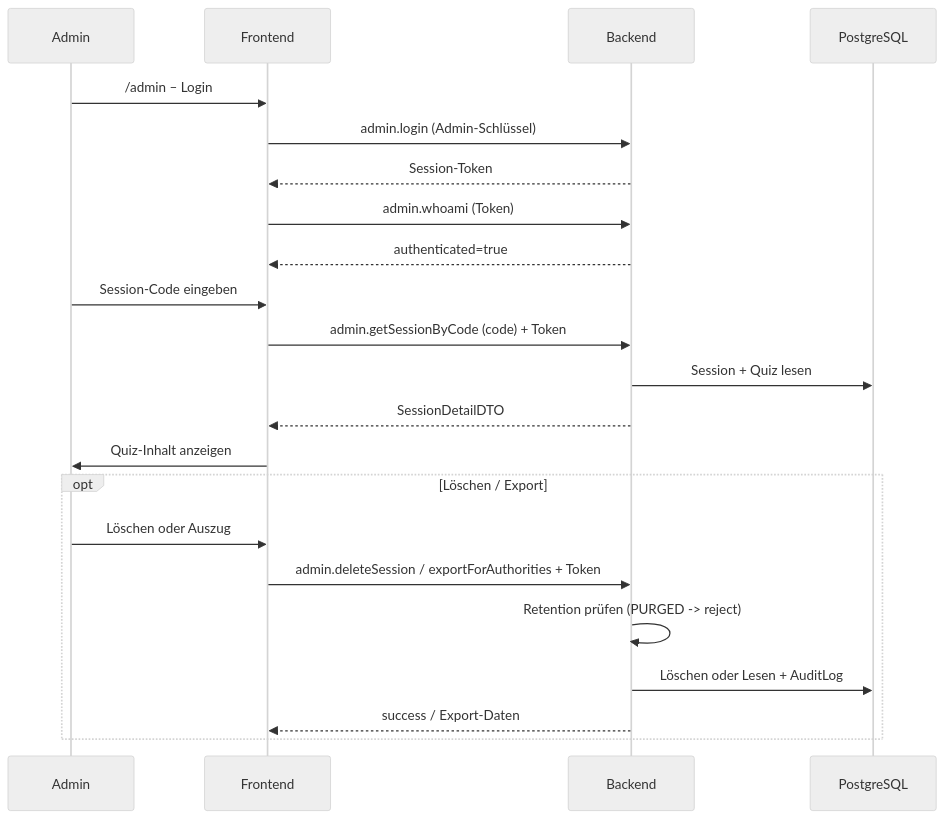
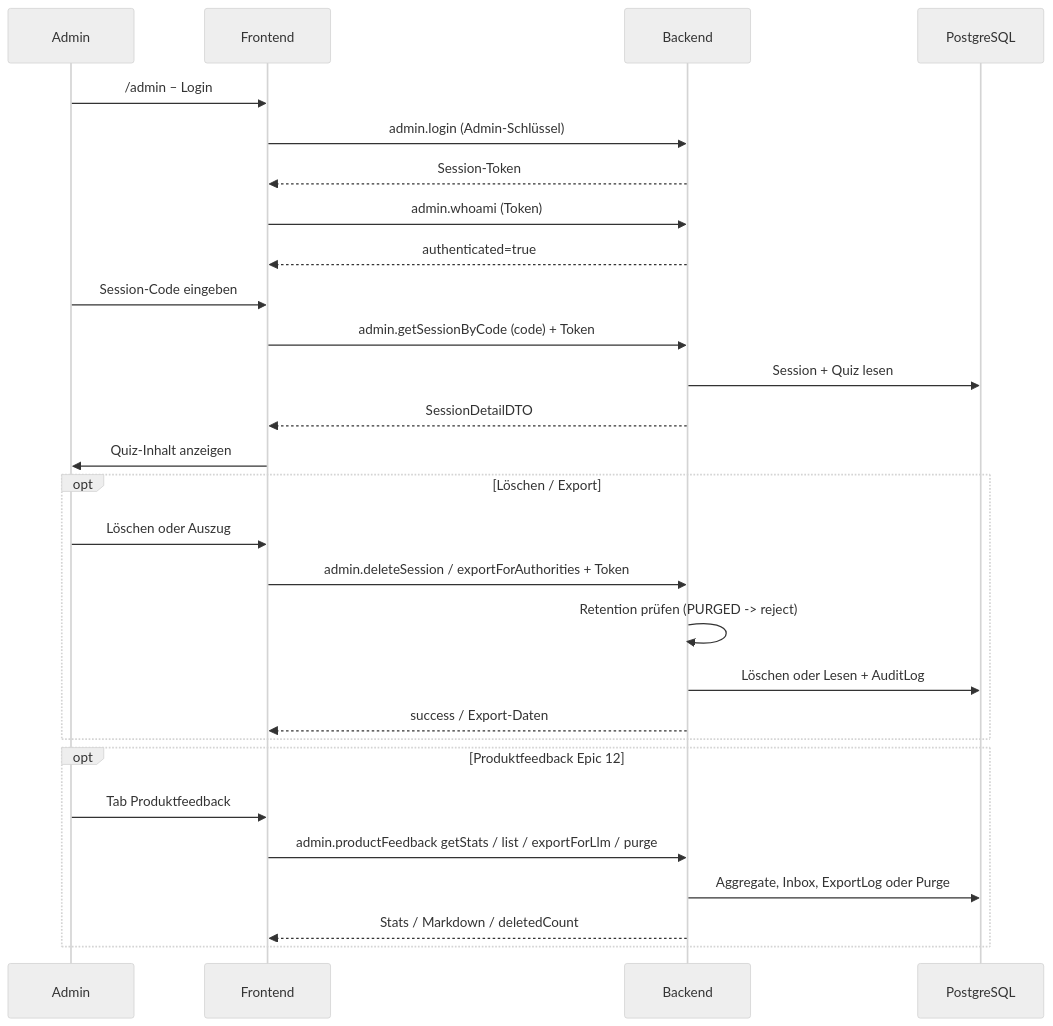
One commit to kqc-real/arsnova.eu changed the fourth of 15 diagrams in docs/diagrams/architecture-overview.md. Above: the diagram before and after it, drawn with Mermaid (neutral theme). The commit also changed other lines of this file and 18 other files, not shown here.

````diff
--- a/docs/diagrams/architecture-overview.md
+++ b/docs/diagrams/architecture-overview.md
@@ -216,25 +225,31 @@
 ```mermaid
 sequenceDiagram
     participant A as Admin
     participant FE as Frontend
     participant BE as Backend
     participant PG as PostgreSQL
 
     A->>FE: /admin – Login
     FE->>BE: admin.login (Admin-Schlüssel)
     BE-->>FE: Session-Token
     FE->>BE: admin.whoami (Token)
     BE-->>FE: authenticated=true
     A->>FE: Session-Code eingeben
     FE->>BE: admin.getSessionByCode (code) + Token
     BE->>PG: Session + Quiz lesen
     BE-->>FE: SessionDetailDTO
     FE->>A: Quiz-Inhalt anzeigen
     opt Löschen / Export
         A->>FE: Löschen oder Auszug
         FE->>BE: admin.deleteSession / exportForAuthorities + Token
         BE->>BE: Retention prüfen (PURGED -> reject)
         BE->>PG: Löschen oder Lesen + AuditLog
         BE-->>FE: success / Export-Daten
     end
+    opt Produktfeedback Epic 12
+        A->>FE: Tab Produktfeedback
+        FE->>BE: admin.productFeedback getStats / list / exportForLlm / purge
+        BE->>PG: Aggregate, Inbox, ExportLog oder Purge
+        BE-->>FE: Stats / Markdown / deletedCount
+    end
 ```
````
